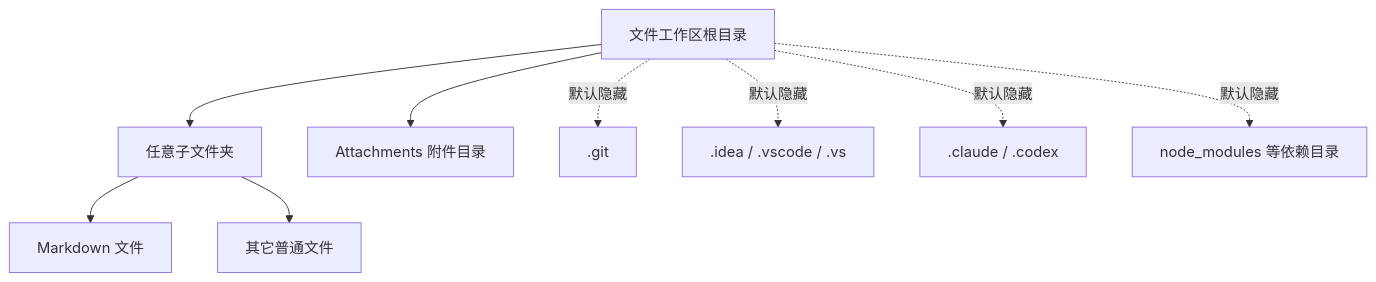
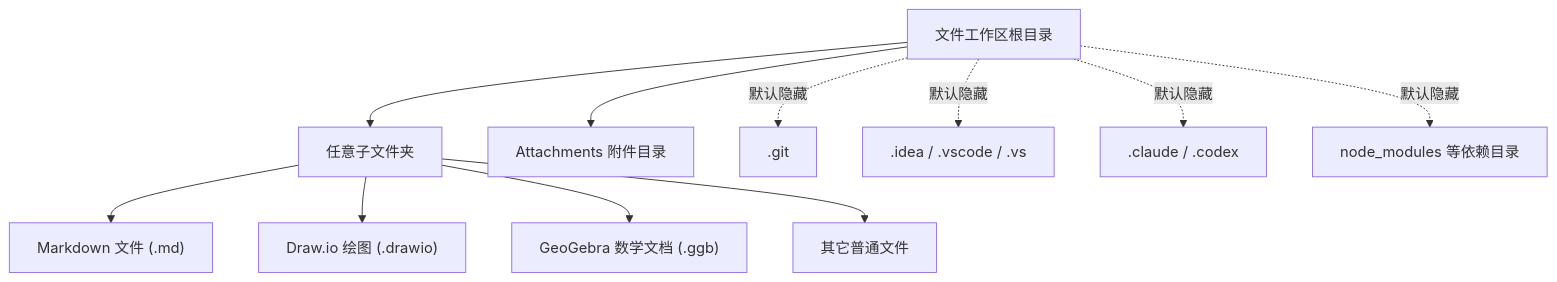
One commit to scott20201225/marktext-pro changed the first of 2 diagrams in README.md. Above: the diagram before and after it, drawn with Mermaid. The commit also changed other lines of this file and 4 other files, not shown here.

First line of the commit message:
docs(license): 对齐 MarkNotePro 协议与功能文档，升级许可证为商业授权模式并补充 draw.io/GeoGebra 开源声明

````diff
--- a/README.md
+++ b/README.md
@@ -107,11 +120,13 @@
 ```mermaid
 flowchart TD
   Root["文件工作区根目录"] --> Folder["任意子文件夹"]
-  Folder --> Markdown["Markdown 文件"]
+  Folder --> Markdown["Markdown 文件 (.md)"]
+  Folder --> Drawio["Draw.io 绘图 (.drawio)"]
+  Folder --> GGB["GeoGebra 数学文档 (.ggb)"]
   Folder --> Other["其它普通文件"]
   Root --> Attach["Attachments 附件目录"]
   Root -. "默认隐藏" .-> Git[".git"]
   Root -. "默认隐藏" .-> IDE[".idea / .vscode / .vs"]
   Root -. "默认隐藏" .-> Agent[".claude / .codex"]
   Root -. "默认隐藏" .-> Deps["node_modules 等依赖目录"]
 ```
````
